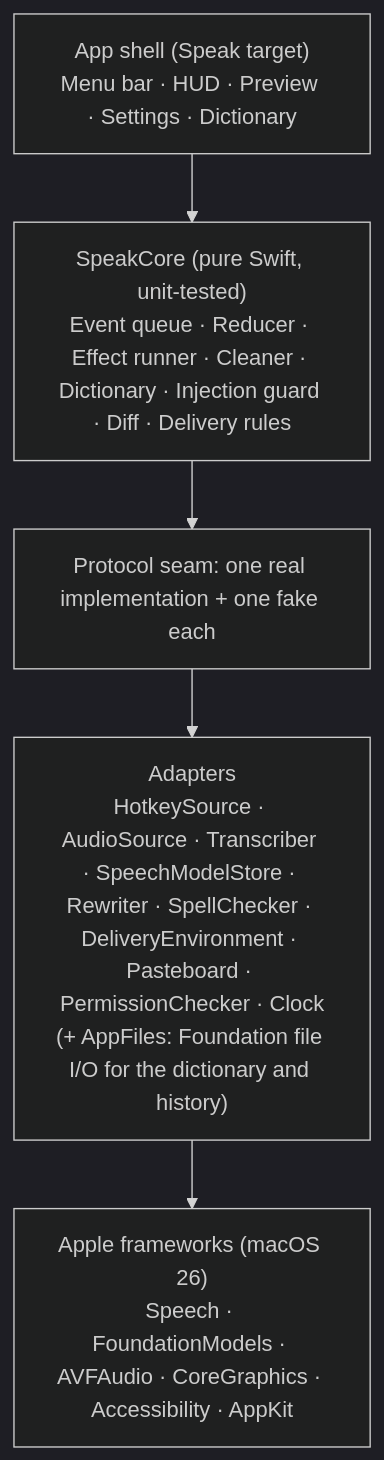
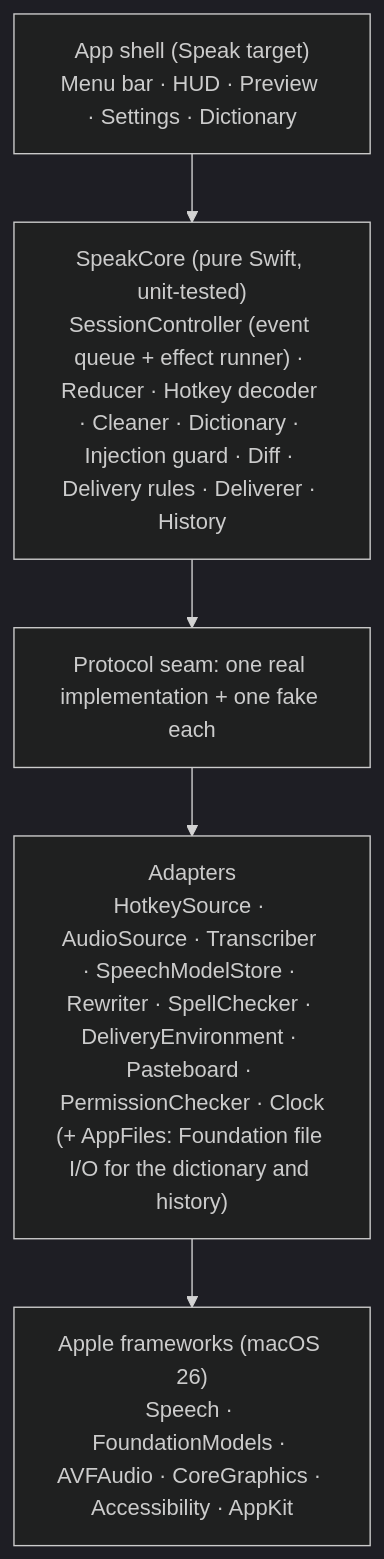
The third of 3 diagrams in docs/architecture/v1.md (sbui056/speak), drawn with Mermaid (dark theme) before and after one commit. The commit also changed other lines of this file and 49 other files, not shown here.

````diff
--- a/docs/architecture/v1.md
+++ b/docs/architecture/v1.md
@@ -76,9 +77,9 @@
 ```mermaid
 flowchart TB
   shell["App shell (Speak target)<br/>Menu bar · HUD · Preview · Settings · Dictionary"]
-  core["SpeakCore (pure Swift, unit-tested)<br/>Event queue · Reducer · Effect runner · Cleaner · Dictionary · Injection guard · Diff · Delivery rules"]
+  core["SpeakCore (pure Swift, unit-tested)<br/>SessionController (event queue + effect runner) · Reducer · Hotkey decoder · Cleaner · Dictionary · Injection guard · Diff · Delivery rules · Deliverer · History"]
   seam["Protocol seam: one real implementation + one fake each"]
   adapters["Adapters<br/>HotkeySource · AudioSource · Transcriber · SpeechModelStore · Rewriter · SpellChecker · DeliveryEnvironment · Pasteboard · PermissionChecker · Clock<br/>(+ AppFiles: Foundation file I/O for the dictionary and history)"]
   apple["Apple frameworks (macOS 26)<br/>Speech · FoundationModels · AVFAudio · CoreGraphics · Accessibility · AppKit"]
   shell --> core --> seam --> adapters --> apple
 ```
````
